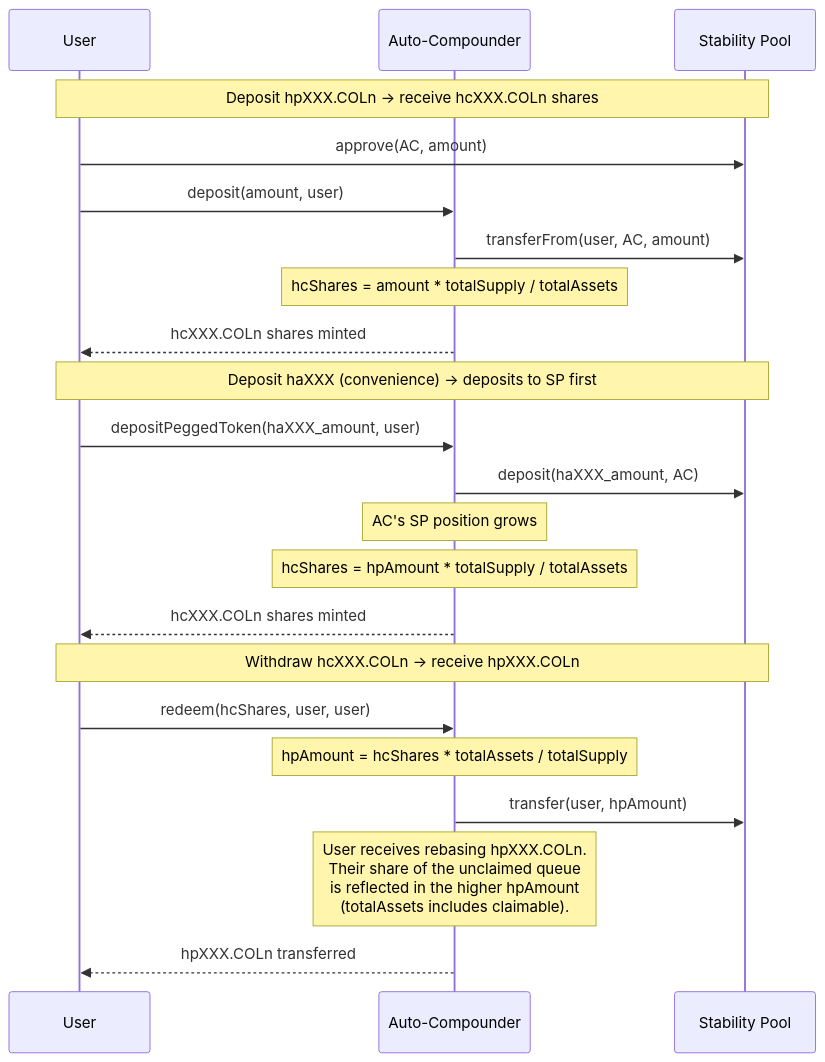
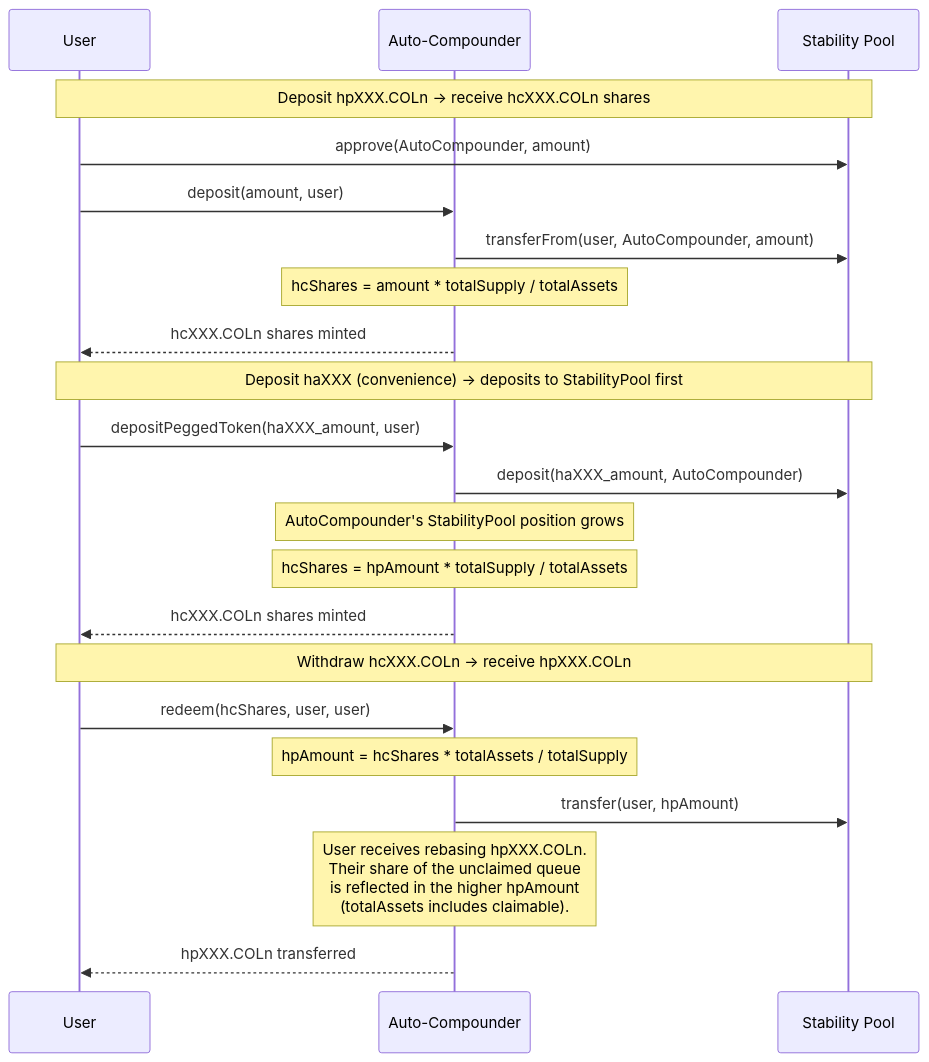
The fourth of 9 diagrams in doc/autocompounding-vault-design.md (baofinance/harbor), drawn with Mermaid before and after one commit. The commit also changed other lines of this file and 6 other files, not shown here.

````diff
--- a/doc/autocompounding-vault-design.md
+++ b/doc/autocompounding-vault-design.md
@@ -118,30 +118,30 @@
 ```mermaid
 sequenceDiagram
     participant User
-    participant AC as Auto-Compounder
-    participant SP as Stability Pool
+    participant AutoCompounder as Auto-Compounder
+    participant StabilityPool as Stability Pool
 
-    Note over User,SP: Deposit hpXXX.COLn → receive hcXXX.COLn shares
+    Note over User,StabilityPool: Deposit hpXXX.COLn → receive hcXXX.COLn shares
 
-    User->>SP: approve(AC, amount)
-    User->>AC: deposit(amount, user)
-    AC->>SP: transferFrom(user, AC, amount)
-    Note over AC: hcShares = amount * totalSupply / totalAssets
-    AC-->>User: hcXXX.COLn shares minted
+    User->>StabilityPool: approve(AutoCompounder, amount)
+    User->>AutoCompounder: deposit(amount, user)
+    AutoCompounder->>StabilityPool: transferFrom(user, AutoCompounder, amount)
+    Note over AutoCompounder: hcShares = amount * totalSupply / totalAssets
+    AutoCompounder-->>User: hcXXX.COLn shares minted
 
-    Note over User,SP: Deposit haXXX (convenience) → deposits to SP first
+    Note over User,StabilityPool: Deposit haXXX (convenience) → deposits to StabilityPool first
 
-    User->>AC: depositPeggedToken(haXXX_amount, user)
-    AC->>SP: deposit(haXXX_amount, AC)
-    Note over AC: AC's SP position grows
-    Note over AC: hcShares = hpAmount * totalSupply / totalAssets
-    AC-->>User: hcXXX.COLn shares minted
+    User->>AutoCompounder: depositPeggedToken(haXXX_amount, user)
+    AutoCompounder->>StabilityPool: deposit(haXXX_amount, AutoCompounder)
+    Note over AutoCompounder: AutoCompounder's StabilityPool position grows
+    Note over AutoCompounder: hcShares = hpAmount * totalSupply / totalAssets
+    AutoCompounder-->>User: hcXXX.COLn shares minted
 
-    Note over User,SP: Withdraw hcXXX.COLn → receive hpXXX.COLn
+    Note over User,StabilityPool: Withdraw hcXXX.COLn → receive hpXXX.COLn
 
-    User->>AC: redeem(hcShares, user, user)
-    Note over AC: hpAmount = hcShares * totalAssets / totalSupply
-    AC->>SP: transfer(user, hpAmount)
-    Note over AC: User receives rebasing hpXXX.COLn.<br/>Their share of the unclaimed queue<br/>is reflected in the higher hpAmount<br/>(totalAssets includes claimable).
-    AC-->>User: hpXXX.COLn transferred
+    User->>AutoCompounder: redeem(hcShares, user, user)
+    Note over AutoCompounder: hpAmount = hcShares * totalAssets / totalSupply
+    AutoCompounder->>StabilityPool: transfer(user, hpAmount)
+    Note over AutoCompounder: User receives rebasing hpXXX.COLn.<br/>Their share of the unclaimed queue<br/>is reflected in the higher hpAmount<br/>(totalAssets includes claimable).
+    AutoCompounder-->>User: hpXXX.COLn transferred
 ```
````
